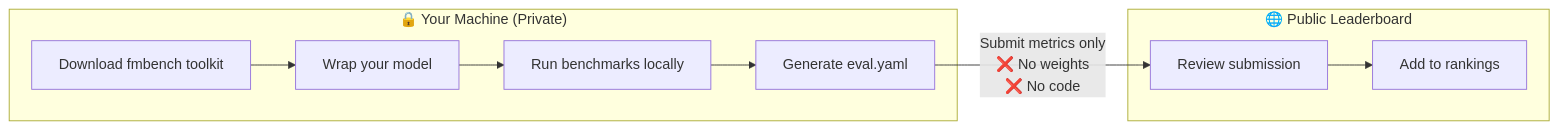
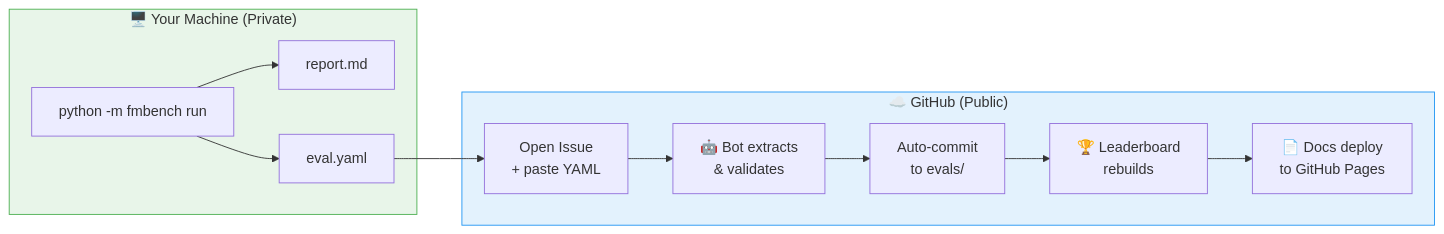
Before and after one commit to allison-eunse/ai4h-inspired-fm-benchmark-hub: the diagram in docs/index.md, drawn with Mermaid. The commit also changed other lines of this file and 128 other files, not shown here.

````diff
--- a/docs/index.md
+++ b/docs/index.md
@@ -26,16 +52,18 @@
 ```mermaid
 flowchart LR
-    subgraph YOUR_MACHINE["🔒 Your Machine (Private)"]
-        A[Download fmbench toolkit] --> B[Wrap your model]
-        B --> C[Run benchmarks locally]
-        C --> D[Generate eval.yaml]
+    subgraph local ["🖥️ Your Machine (Private)"]
+        A["python -m fmbench run"] --> B["report.md"]
+        A --> C["eval.yaml"]
     end
     
-    subgraph LEADERBOARD["🌐 Public Leaderboard"]
-        E[Review submission]
-        F[Add to rankings]
+    subgraph github ["☁️ GitHub (Public)"]
+        C --> D["Open Issue\n+ paste YAML"]
+        D --> E["🤖 Bot extracts\n& validates"]
+        E --> F["Auto-commit\nto evals/"]
+        F --> G["🏆 Leaderboard\nrebuilds"]
+        G --> H["📄 Docs deploy\nto GitHub Pages"]
     end
     
-    D -->|"Submit metrics only<br/>❌ No weights<br/>❌ No code"| E
-    E --> F
+    style local fill:#e8f5e9,stroke:#4caf50
+    style github fill:#e3f2fd,stroke:#2196f3
 ```
````
